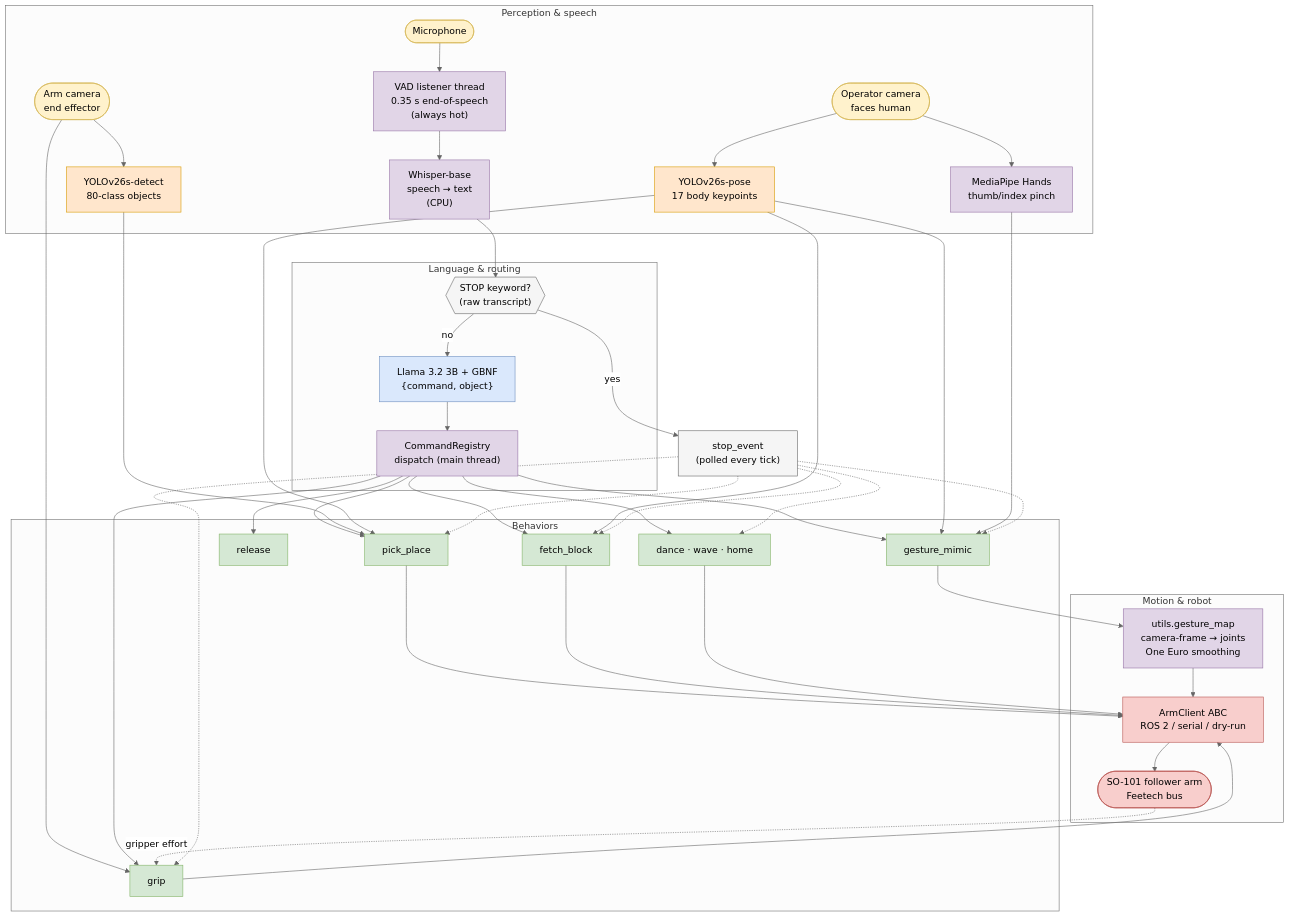
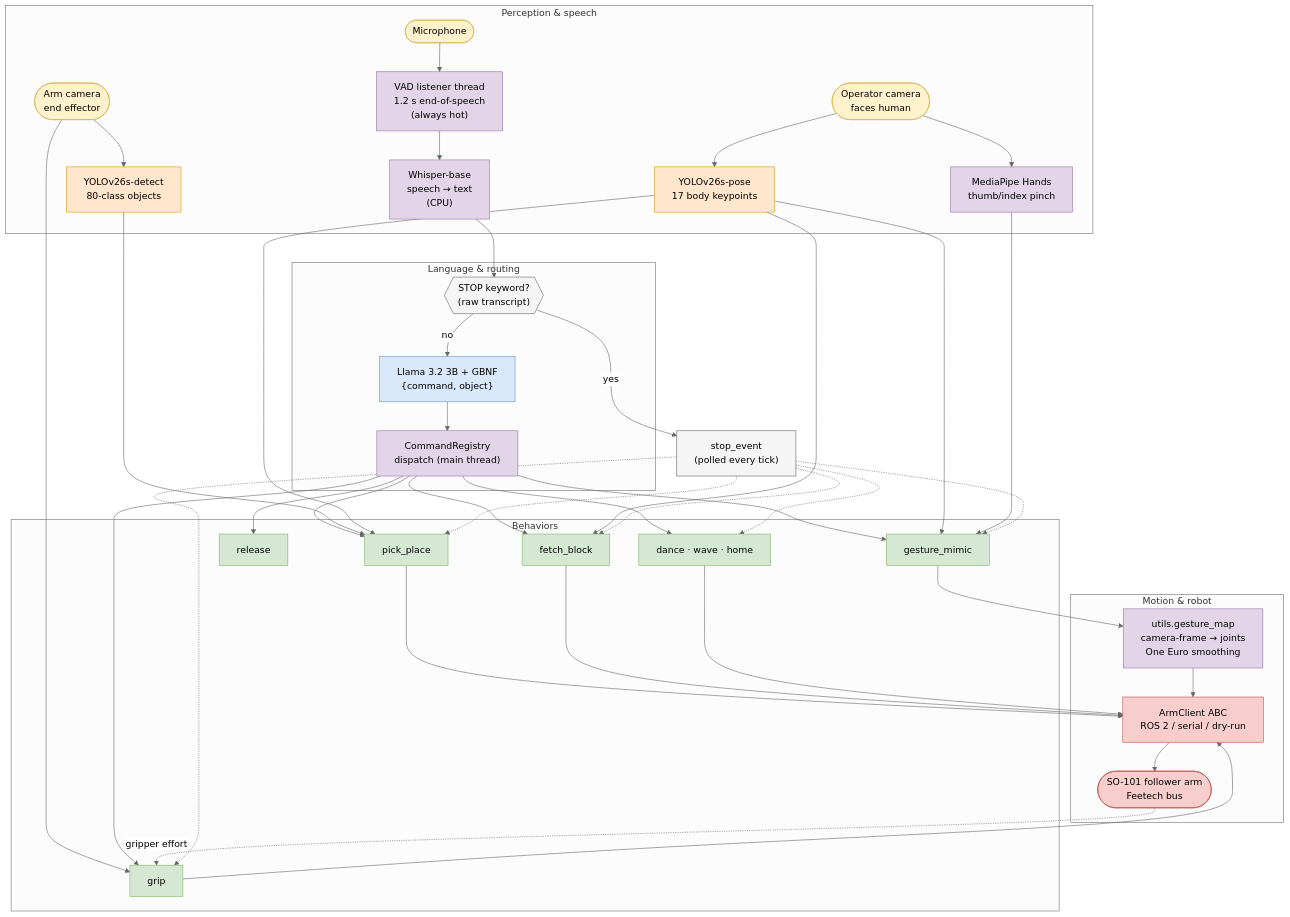
One commit to ThomasGmeinder/embedded-x86-ai changed the first of 3 diagrams in workshops/vvla-pipeline/README.md. Above: the diagram before and after it, drawn with Mermaid (neutral theme). The commit also changed other lines of this file and 2 other files, not shown here.

````diff
--- a/workshops/vvla-pipeline/README.md
+++ b/workshops/vvla-pipeline/README.md
@@ -12,72 +12,72 @@
 ```mermaid
 flowchart TB
     subgraph SENSE["Perception &amp; speech"]
         MIC([Microphone]):::io
         OPERATORCAM([Operator camera<br/>faces human]):::io
         ARMCAM([Arm camera<br/>end effector]):::io
 
-        VAD["VAD listener thread<br/>0.35 s end-of-speech<br/>(always hot)"]:::cpu
+        VAD["VAD listener thread<br/>1.2 s end-of-speech<br/>(always hot)"]:::cpu
         WHISPER["Whisper-base<br/>speech → text<br/>(CPU)"]:::cpu
         POSE["YOLOv26s-pose<br/>17 body keypoints"]:::npu
         DETECT["YOLOv26s-detect<br/>80-class objects"]:::npu
         HANDS["MediaPipe Hands<br/>thumb/index pinch"]:::cpu
     end
 
     subgraph THINK["Language &amp; routing"]
         STOPCHK{{"STOP keyword?<br/>(raw transcript)"}}:::gate
         LLAMA["Llama 3.2 3B + GBNF<br/>{command, object}"]:::gpu
         REG["CommandRegistry<br/>dispatch (main thread)"]:::cpu
     end
 
     subgraph ACT["Behaviors"]
         MIMIC["gesture_mimic"]:::beh
         PICK["pick_place"]:::beh
         FETCH["fetch_block"]:::beh
         GRIP["grip"]:::beh
         RELEASE["release"]:::beh
         OTHER["dance · wave · home"]:::beh
     end
 
     subgraph MOVE["Motion &amp; robot"]
         RETARGET["utils.gesture_map<br/>camera-frame → joints<br/>One Euro smoothing"]:::cpu
         ARMCLIENT["ArmClient ABC<br/>ROS 2 / serial / dry-run"]:::robot
         ARM([SO-101 follower arm<br/>Feetech bus]):::robot
     end
 
     STOPEVENT["stop_event<br/>(polled every tick)"]:::gate
 
     MIC --> VAD --> WHISPER --> STOPCHK
     STOPCHK -- "no" --> LLAMA --> REG
     STOPCHK -- "yes" --> STOPEVENT
 
     OPERATORCAM --> POSE
     OPERATORCAM --> HANDS
     ARMCAM --> DETECT
     ARMCAM --> GRIP
 
     REG --> MIMIC & PICK & FETCH & GRIP & RELEASE & OTHER
 
     POSE --> MIMIC
     HANDS --> MIMIC
     DETECT --> PICK
     POSE --> PICK
     POSE --> FETCH
 
     MIMIC --> RETARGET --> ARMCLIENT
     PICK --> ARMCLIENT
     FETCH --> ARMCLIENT
     GRIP --> ARMCLIENT
     OTHER --> ARMCLIENT
     ARMCLIENT --> ARM
     ARM -. "gripper effort" .-> GRIP
 
     STOPEVENT -.-> MIMIC & PICK & FETCH & GRIP & OTHER
 
     classDef npu fill:#ffe6cc,stroke:#d79b00,color:#000;
     classDef gpu fill:#dae8fc,stroke:#6c8ebf,color:#000;
     classDef cpu fill:#e1d5e7,stroke:#9673a6,color:#000;
     classDef beh fill:#d5e8d4,stroke:#82b366,color:#000;
     classDef robot fill:#f8cecc,stroke:#b85450,color:#000;
     classDef io fill:#fff2cc,stroke:#d6b656,color:#000;
     classDef gate fill:#f5f5f5,stroke:#666,color:#000;
 ```
````
